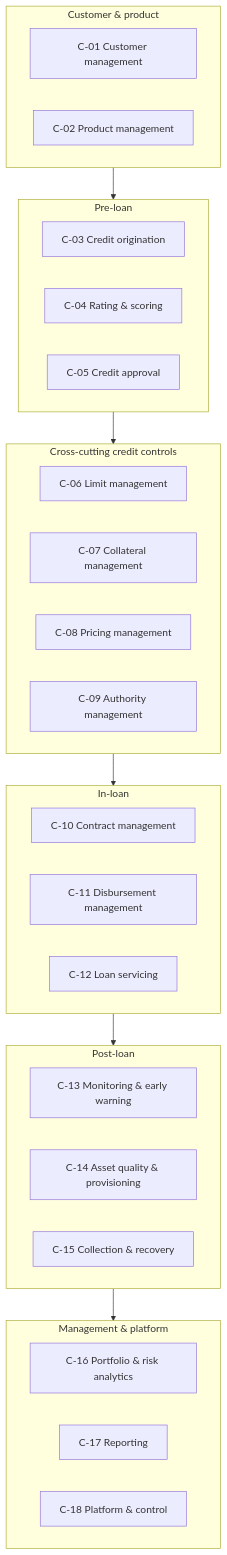
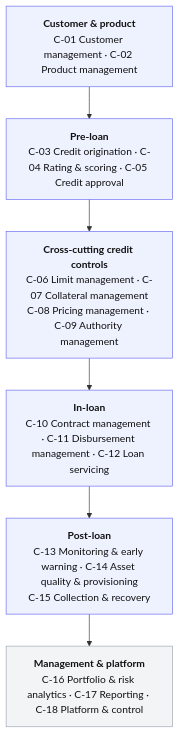
Before and after one commit to yugshinz-star/credit-management-system: the second of 28 diagrams in docs/business-architecture-processes-data-model.md, drawn with Mermaid. The commit also changed other lines of this file and 2 other files, not shown here.

First line of the commit message:
Add PDF of detailed design; redraw context, capability and product diagrams

````diff
--- a/docs/business-architecture-processes-data-model.md
+++ b/docs/business-architecture-processes-data-model.md
@@ -97,35 +67,12 @@
 ```mermaid
 flowchart TB
-    subgraph L1[Customer & product]
-        C01[C-01 Customer management]
-        C02[C-02 Product management]
-    end
-    subgraph L2[Pre-loan]
-        C03[C-03 Credit origination]
-        C04[C-04 Rating & scoring]
-        C05[C-05 Credit approval]
-    end
-    subgraph L3[Cross-cutting credit controls]
-        C06[C-06 Limit management]
-        C07[C-07 Collateral management]
-        C08[C-08 Pricing management]
-        C09[C-09 Authority management]
-    end
-    subgraph L4[In-loan]
-        C10[C-10 Contract management]
-        C11[C-11 Disbursement management]
-        C12[C-12 Loan servicing]
-    end
-    subgraph L5[Post-loan]
-        C13[C-13 Monitoring & early warning]
-        C14[C-14 Asset quality & provisioning]
-        C15[C-15 Collection & recovery]
-    end
-    subgraph L6[Management & platform]
-        C16[C-16 Portfolio & risk analytics]
-        C17[C-17 Reporting]
-        C18[C-18 Platform & control]
-    end
-    L1 --> L2 --> L3 --> L4 --> L5
-    L5 --> L6
+    classDef cms fill:#eef2ff,stroke:#6366f1,color:#111
+    classDef side fill:#f3f4f6,stroke:#9ca3af,color:#111
+    L1["<b>Customer & product</b><br/>C-01 Customer management · C-02 Product management"]:::cms
+    L2["<b>Pre-loan</b><br/>C-03 Credit origination · C-04 Rating & scoring · C-05 Credit approval"]:::cms
+    L3["<b>Cross-cutting credit controls</b><br/>C-06 Limit management · C-07 Collateral management<br/>C-08 Pricing management · C-09 Authority management"]:::cms
+    L4["<b>In-loan</b><br/>C-10 Contract management · C-11 Disbursement management · C-12 Loan servicing"]:::cms
+    L5["<b>Post-loan</b><br/>C-13 Monitoring & early warning · C-14 Asset quality & provisioning<br/>C-15 Collection & recovery"]:::cms
+    L6["<b>Management & platform</b><br/>C-16 Portfolio & risk analytics · C-17 Reporting · C-18 Platform & control"]:::side
+    L1 --> L2 --> L3 --> L4 --> L5 --> L6
 ```
````
